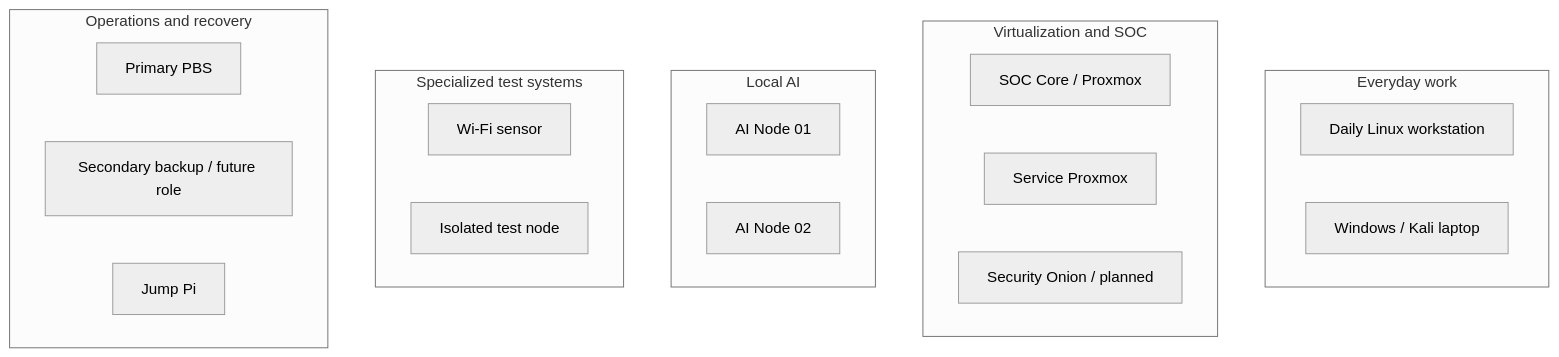
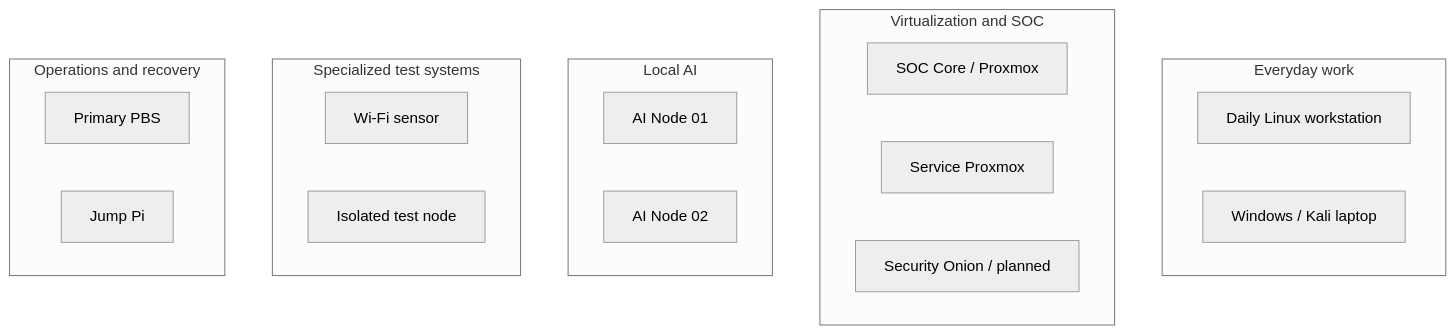
Before and after one commit to ITLLERY/itllery-homelab: the diagram in docs/architecture/README.md, drawn with Mermaid (neutral theme). The commit also changed other lines of this file, not shown here.

````diff
--- a/docs/architecture/README.md
+++ b/docs/architecture/README.md
@@ -19,25 +19,24 @@
 ```mermaid
 flowchart TB
     subgraph Work["Everyday work"]
         Daily["Daily Linux workstation"]
         Laptop["Windows / Kali laptop"]
     end
     subgraph Core["Virtualization and SOC"]
         SOC["SOC Core / Proxmox"]
         Services["Service Proxmox"]
         Onion["Security Onion / planned"]
     end
     subgraph Compute["Local AI"]
         AI1["AI Node 01"]
         AI2["AI Node 02"]
     end
     subgraph Testing["Specialized test systems"]
         WiFi["Wi-Fi sensor"]
         Isolated["Isolated test node"]
     end
     subgraph Operations["Operations and recovery"]
         PBS["Primary PBS"]
-        Secondary["Secondary backup / future role"]
         Jump["Jump Pi"]
     end
 ```
````
